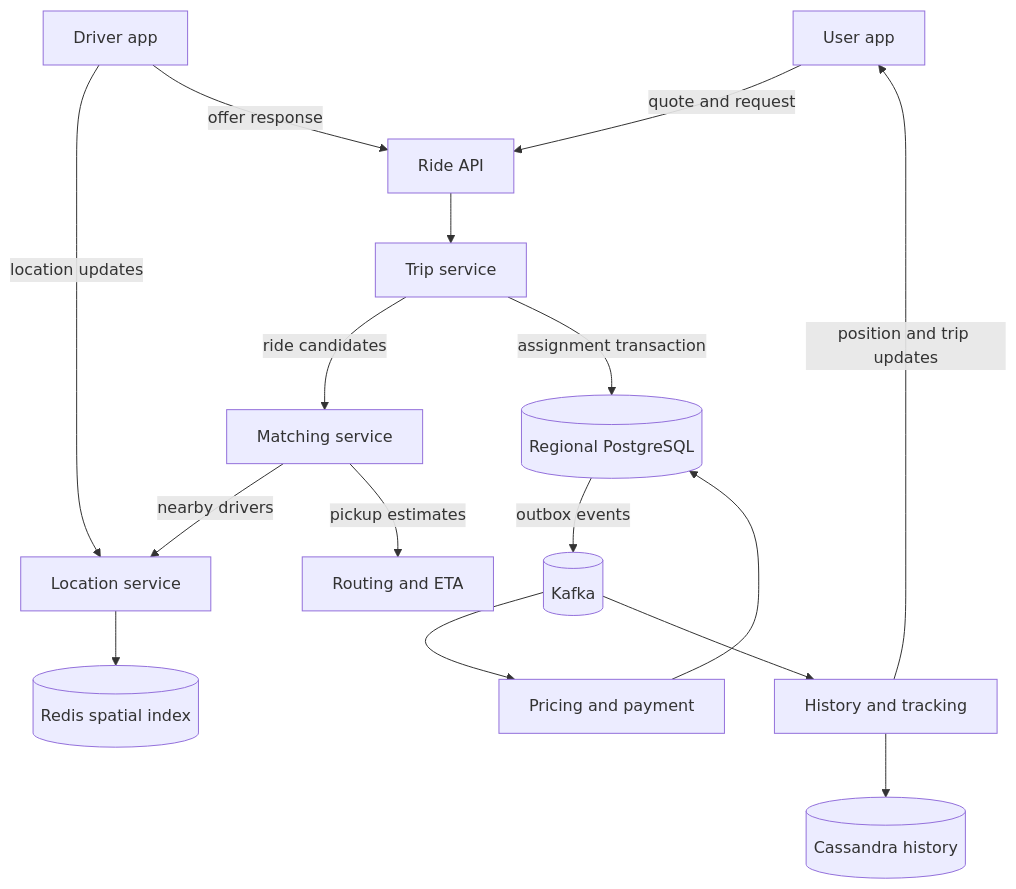
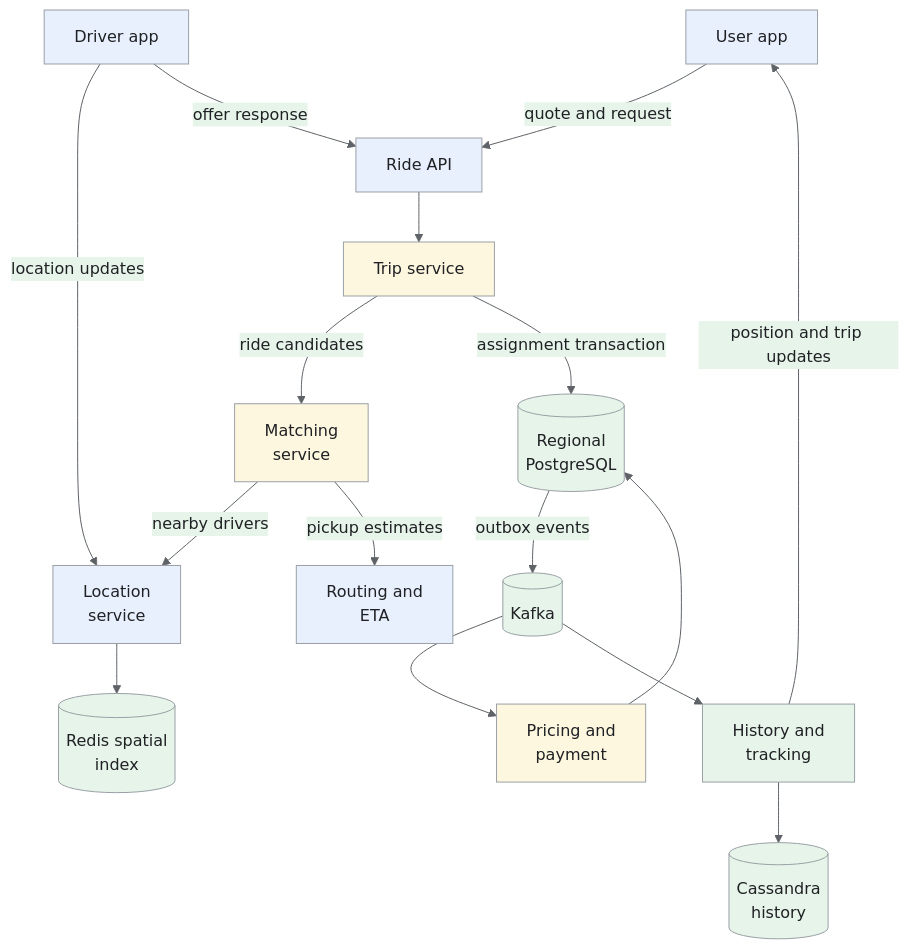
The first of 5 diagrams in _designs/system-design-uber.md (iliazlobin/iliazlobin.github.io), drawn with Mermaid before and after one commit. The commit also changed other lines of this file and 131 other files, not shown here.

````diff
--- a/_designs/system-design-uber.md
+++ b/_designs/system-design-uber.md
@@ -151,18 +165,26 @@
 ```mermaid
+%%{init: {"theme":"base","themeVariables":{"primaryColor":"#e8f0fe","primaryBorderColor":"#9aa0a6","primaryTextColor":"#202124","secondaryColor":"#e6f4ea","tertiaryColor":"#fef7e0","lineColor":"#5f6368","actorBkg":"#e8f0fe","actorBorder":"#9aa0a6","actorTextColor":"#202124","noteBkgColor":"#fef7e0","noteBorderColor":"#9aa0a6","noteTextColor":"#202124","signalColor":"#5f6368","signalTextColor":"#202124"}}}%%
 flowchart TB
   U[User app] -->|quote and request| API[Ride API]
-  D[Driver app] -->|location updates| L[Location service]
+  D[Driver app] -->|location updates| L["Location<br>service"]
   D -->|offer response| API
   API --> T[Trip service]
-  T -->|ride candidates| M[Matching service]
+  T -->|ride candidates| M["Matching<br>service"]
   M -->|nearby drivers| L
-  L --> R[(Redis spatial index)]
-  M -->|pickup estimates| E[Routing and ETA]
-  T -->|assignment transaction| DB[(Regional PostgreSQL)]
+  L --> R[("Redis spatial<br>index")]
+  M -->|pickup estimates| E["Routing and<br>ETA"]
+  T -->|assignment transaction| DB[("Regional<br>PostgreSQL")]
   DB -->|outbox events| K[(Kafka)]
-  K --> P[Pricing and payment]
-  K --> H[History and tracking]
+  K --> P["Pricing and<br>payment"]
+  K --> H["History and<br>tracking"]
   H -->|position and trip updates| U
-  H --> C[(Cassandra history)]
+  H --> C[("Cassandra<br>history")]
   P --> DB
+classDef request fill:#e8f0fe,stroke:#9aa0a6,color:#202124;
+classDef data fill:#e6f4ea,stroke:#9aa0a6,color:#202124;
+classDef control fill:#fef7e0,stroke:#9aa0a6,color:#202124;
+class U,API,D,L,E request;
+class R,DB,K,H,C data;
+class T,M,P control;
+
 ```
````
